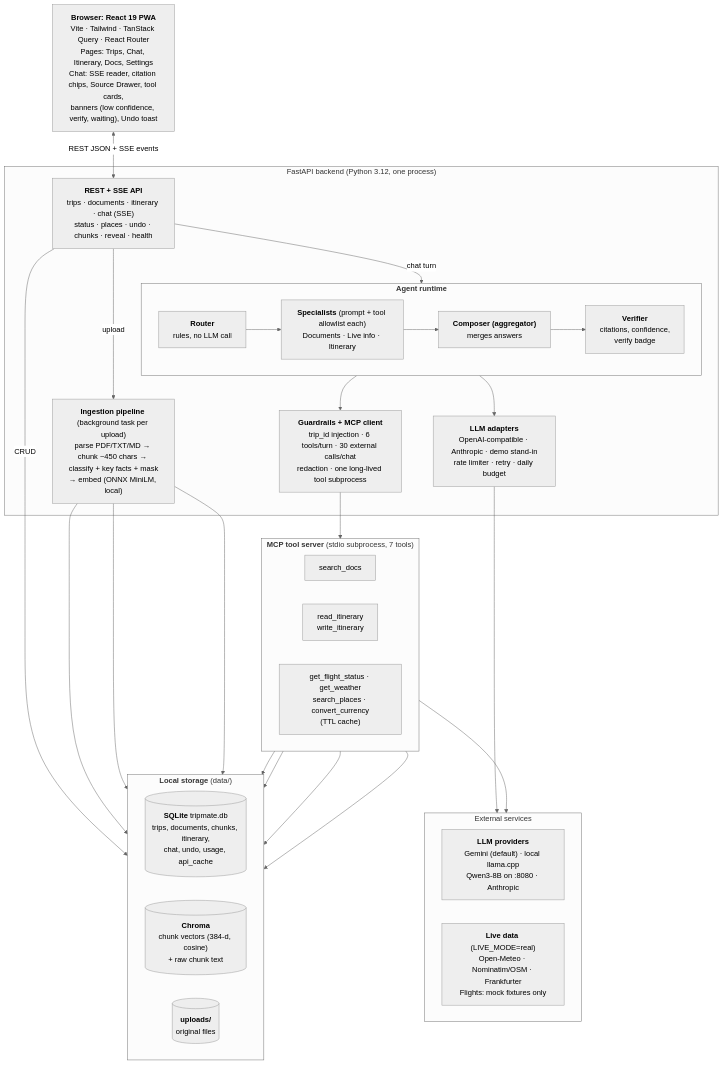
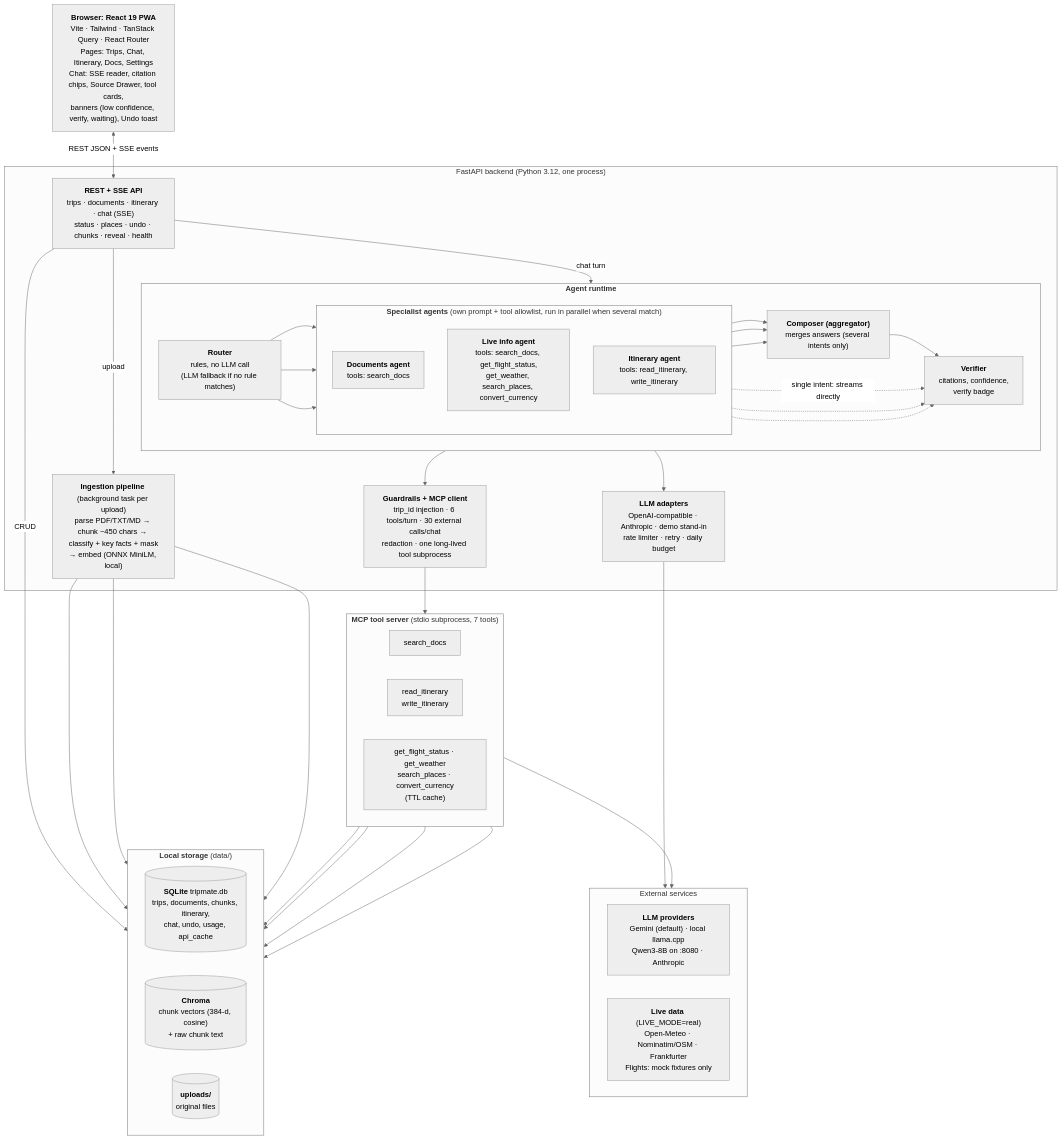
Before and after one commit to nitbaby/trip-mate: the first of 3 diagrams in docs/ARCHITECTURE.md, drawn with Mermaid (neutral theme). The commit also changed other lines of this file, not shown here.

Commit message:
Show each specialist agent as its own block in architecture diagram

````diff
--- a/docs/ARCHITECTURE.md
+++ b/docs/ARCHITECTURE.md
@@ -8,51 +8,63 @@
 ```mermaid
 flowchart TB
   Client["<b>Browser: React 19 PWA</b><br/>Vite · Tailwind · TanStack Query · React Router<br/>Pages: Trips, Chat, Itinerary, Docs, Settings<br/>Chat: SSE reader, citation chips, Source Drawer, tool cards,<br/>banners (low confidence, verify, waiting), Undo toast"]
 
   subgraph Backend["FastAPI backend (Python 3.12, one process)"]
     REST["<b>REST + SSE API</b><br/>trips · documents · itinerary · chat (SSE)<br/>status · places · undo · chunks · reveal · health"]
     Ingest["<b>Ingestion pipeline</b> (background task per upload)<br/>parse PDF/TXT/MD → chunk ~450 chars → classify + key facts + mask<br/>→ embed (ONNX MiniLM, local)"]
     subgraph Runtime["<b>Agent runtime</b>"]
       direction LR
-      Router["<b>Router</b><br/>rules, no LLM call"] --> Spec["<b>Specialists</b> (prompt + tool allowlist each)<br/>Documents · Live info · Itinerary"]
-      Spec --> Agg["<b>Composer (aggregator)</b><br/>merges answers"] --> Ver["<b>Verifier</b><br/>citations, confidence,<br/>verify badge"]
+      Router["<b>Router</b><br/>rules, no LLM call<br/>(LLM fallback if no rule matches)"]
+      subgraph Spec["<b>Specialist agents</b> (own prompt + tool allowlist, run in parallel when several match)"]
+        direction TB
+        SD["<b>Documents agent</b><br/>tools: search_docs"]
+        SL["<b>Live info agent</b><br/>tools: search_docs, get_flight_status,<br/>get_weather, search_places, convert_currency"]
+        SI["<b>Itinerary agent</b><br/>tools: read_itinerary, write_itinerary"]
+      end
+      Agg["<b>Composer (aggregator)</b><br/>merges answers (several intents only)"]
+      Ver["<b>Verifier</b><br/>citations, confidence,<br/>verify badge"]
+      Router --> SD & SL & SI
+      SD & SL & SI --> Agg --> Ver
+      SD -.->|"single intent: streams directly"| Ver
+      SL -.-> Ver
+      SI -.-> Ver
     end
     Guard["<b>Guardrails + MCP client</b><br/>trip_id injection · 6 tools/turn · 30 external calls/chat<br/>redaction · one long-lived tool subprocess"]
     LLMA["<b>LLM adapters</b><br/>OpenAI-compatible · Anthropic · demo stand-in<br/>rate limiter · retry · daily budget"]
   end
 
   subgraph MCP["<b>MCP tool server</b> (stdio subprocess, 7 tools)"]
     direction LR
     T1["search_docs"]
     T2["read_itinerary<br/>write_itinerary"]
     T3["get_flight_status · get_weather<br/>search_places · convert_currency<br/>(TTL cache)"]
   end
 
   subgraph Storage["<b>Local storage</b> (data/)"]
     direction LR
     SQL[("<b>SQLite</b> tripmate.db<br/>trips, documents, chunks, itinerary,<br/>chat, undo, usage, api_cache")]
     CH[("<b>Chroma</b><br/>chunk vectors (384-d, cosine)<br/>+ raw chunk text")]
     UP[("<b>uploads/</b><br/>original files")]
   end
 
   subgraph Ext["External services"]
     direction LR
     LLMS["<b>LLM providers</b><br/>Gemini (default) · local llama.cpp<br/>Qwen3-8B on :8080 · Anthropic"]
     LIVE["<b>Live data</b> (LIVE_MODE=real)<br/>Open-Meteo · Nominatim/OSM · Frankfurter<br/>Flights: mock fixtures only"]
   end
 
   Client <-->|"REST JSON + SSE events"| REST
   REST -->|"upload"| Ingest
   REST -->|"chat turn"| Runtime
   REST -->|"CRUD"| SQL
   Ingest --> SQL
   Ingest --> CH
   Ingest --> UP
   Runtime --> LLMA --> LLMS
   Runtime --> Guard --> MCP
   T1 --> CH
   T1 --> SQL
   T2 --> SQL
   T3 --> SQL
   T3 --> LIVE
 ```
````
